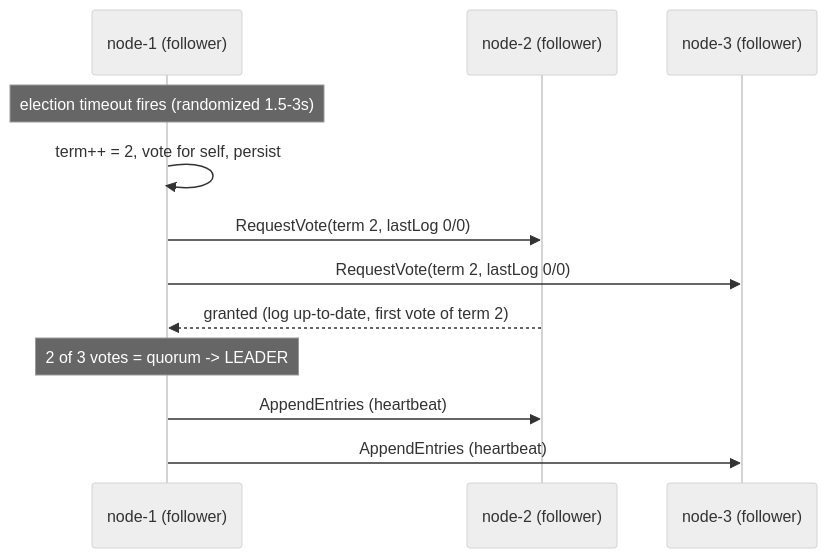
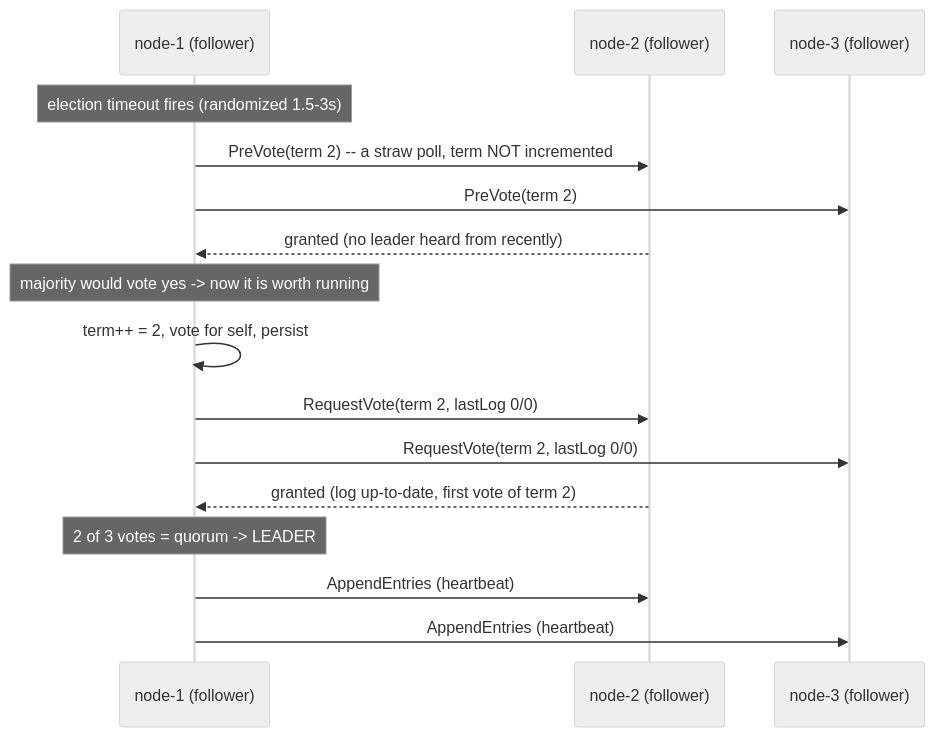
One commit to jonnyeclectic/raftkv changed the first of 3 diagrams in docs/RAFT.md. Above: the diagram before and after it, drawn with Mermaid (neutral theme). The commit also changed other lines of this file and 18 other files, not shown here.

First line of the commit message:
feat: a leader that cannot reach anyone now steps down

````diff
--- a/docs/RAFT.md
+++ b/docs/RAFT.md
@@ -81,14 +91,18 @@
 ```mermaid
 sequenceDiagram
   participant N1 as node-1 (follower)
   participant N2 as node-2 (follower)
   participant N3 as node-3 (follower)
   Note over N1: election timeout fires (randomized 1.5-3s)
+  N1->>N2: PreVote(term 2) -- a straw poll, term NOT incremented
+  N1->>N3: PreVote(term 2)
+  N2-->>N1: granted (no leader heard from recently)
+  Note over N1: majority would vote yes -> now it is worth running
   N1->>N1: term++ = 2, vote for self, persist
   N1->>N2: RequestVote(term 2, lastLog 0/0)
   N1->>N3: RequestVote(term 2, lastLog 0/0)
   N2-->>N1: granted (log up-to-date, first vote of term 2)
   Note over N1: 2 of 3 votes = quorum -> LEADER
   N1->>N2: AppendEntries (heartbeat)
   N1->>N3: AppendEntries (heartbeat)
 ```
````
